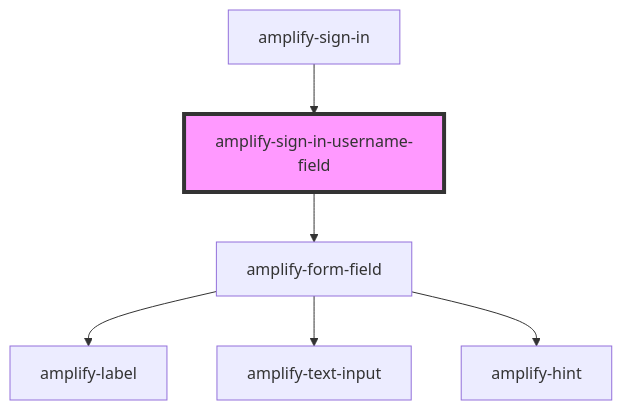
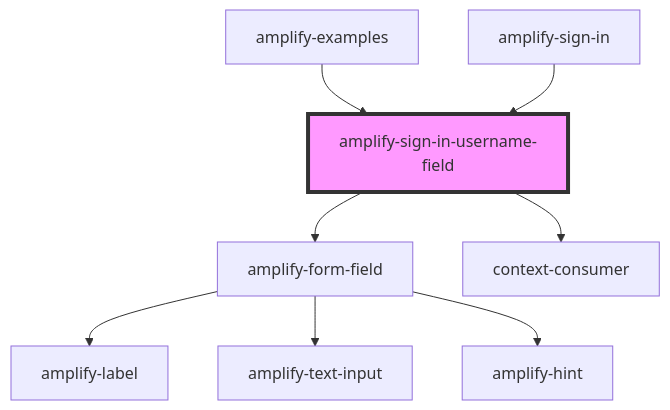
One commit to aws-amplify/amplify-js changed the diagram in packages/amplify-ui-components/src/components/amplify-sign-in-username-field/readme.md. Above: the diagram before and after it, drawn with Mermaid. The commit also changed other lines of this file and 19 other files, not shown here.

````diff
--- a/packages/amplify-ui-components/src/components/amplify-sign-in-username-field/readme.md
+++ b/packages/amplify-ui-components/src/components/amplify-sign-in-username-field/readme.md
@@ -31,9 +33,11 @@
 ```mermaid
 graph TD;
   amplify-sign-in-username-field --> amplify-form-field
+  amplify-sign-in-username-field --> context-consumer
   amplify-form-field --> amplify-label
   amplify-form-field --> amplify-text-input
   amplify-form-field --> amplify-hint
+  amplify-examples --> amplify-sign-in-username-field
   amplify-sign-in --> amplify-sign-in-username-field
   style amplify-sign-in-username-field fill:#f9f,stroke:#333,stroke-width:4px
 ```
````
